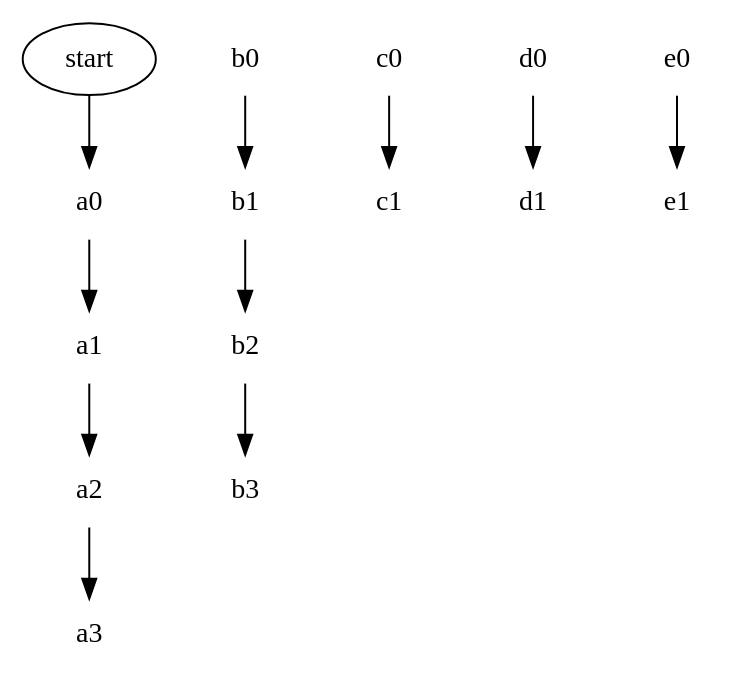
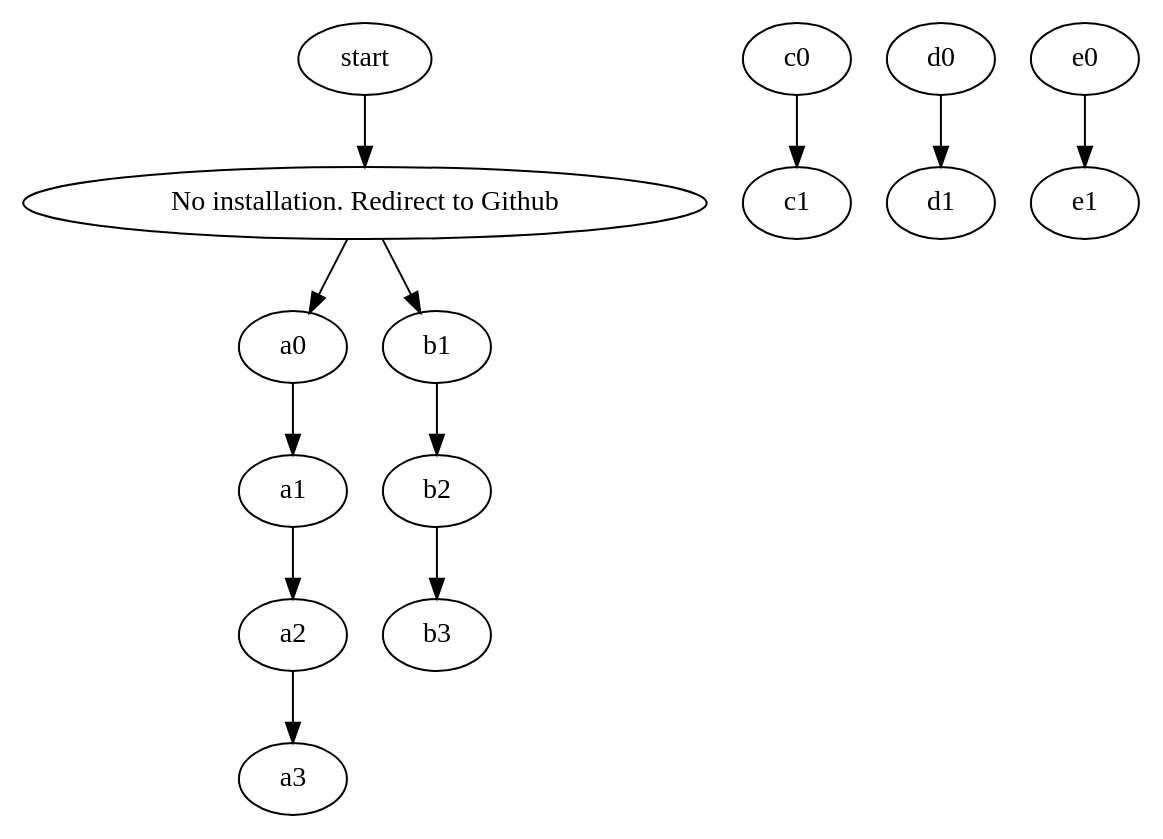
Before and after one commit to rickyyean/blog1: the diagram in github_integration.gv, drawn with Graphviz.

```diff
--- a/github_integration.gv
+++ b/github_integration.gv
@@ -1,39 +1,37 @@
-digraph {
+digraph G {
   subgraph github {
+    label = "Github";
     style=filled;
     color=lightgrey;
-    node [style=filled,color=white];
     a0 -> a1 -> a2 -> a3;
-    label = "Github";
   }
   subgraph capta {
     label = "Capta";
     color=lightgrey;
     style=filled;
-    node [style=filled,color=white];
     b0 -> b1 -> b2 -> b3;
   }
   subgraph capta_webhook {
     label = "Capta Webhook";
     color=lightgrey;
     style=filled;
-    node [style=filled,color=white];
     c0 -> c1;
   }
   subgraph db {
     label = "Database";
     color=lightgrey;
     style=filled;
-    node [style=filled,color=white];
     d0 -> d1;
   }
   subgraph s3 {
     label="S3";
     color=lightgrey;
     style=filled;
-    node [style=filled,color=white];
     e0 -> e1;
   }
+  
+  b0 [label="No installation. Redirect to Github"];
 
-  start -> a0;
+  start -> b0;
+  b0 -> a0;
 }
```
